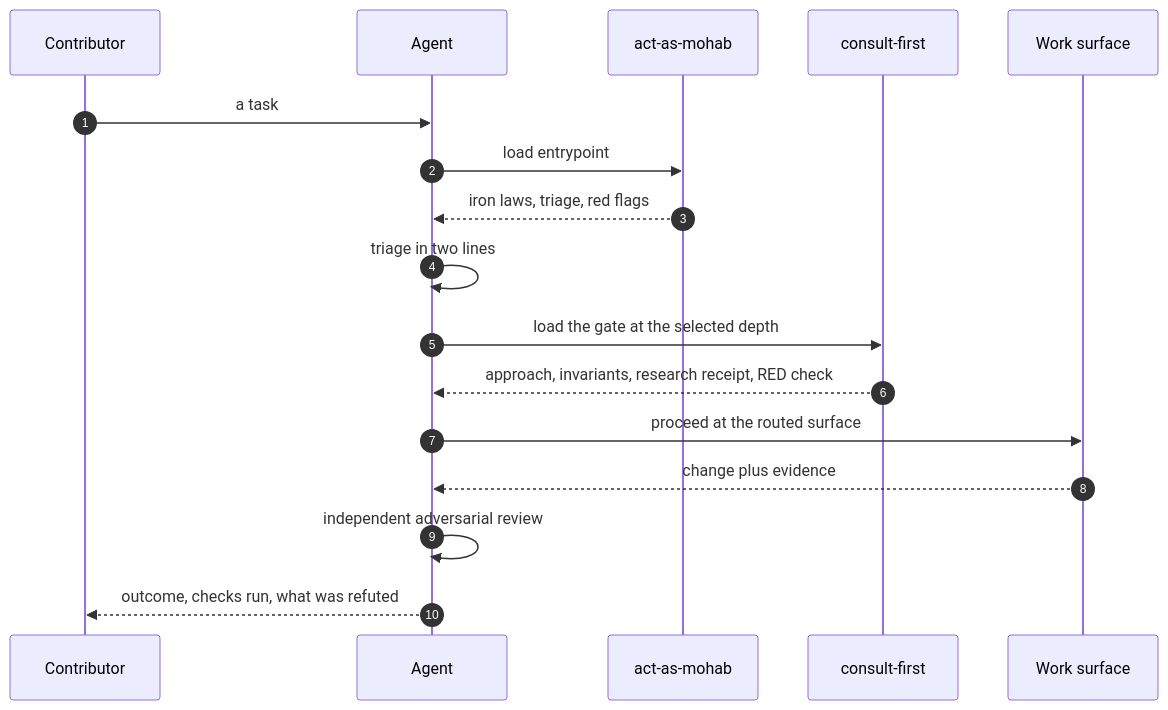
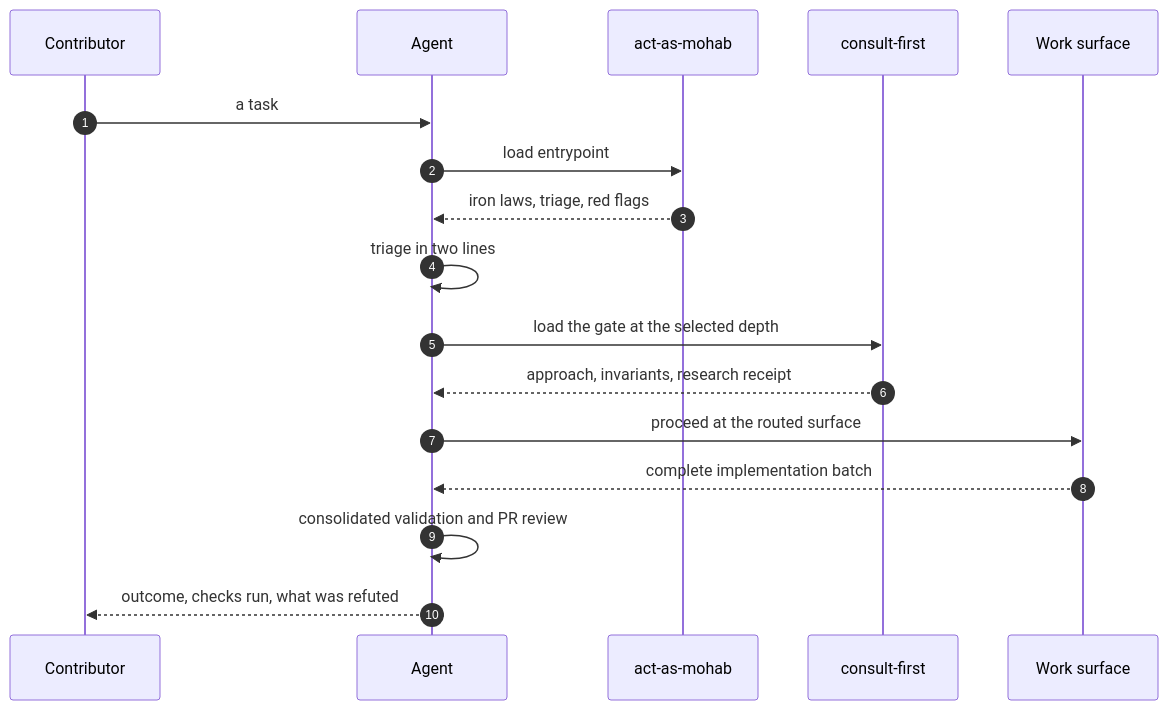
Before and after one commit to ShaftHQ/SHAFT_ENGINE: the second of 4 diagrams in .agents/skills/README.md, drawn with Mermaid. The commit also changed other lines of this file and 17 other files, not shown here.

````diff
--- a/.agents/skills/README.md
+++ b/.agents/skills/README.md
@@ -47,20 +47,20 @@
 ```mermaid
 sequenceDiagram
     autonumber
     participant U as Contributor
     participant A as Agent
     participant E as act-as-mohab
     participant G as consult-first
     participant W as Work surface
 
     U->>A: a task
     A->>E: load entrypoint
     E-->>A: iron laws, triage, red flags
     A->>A: triage in two lines
     A->>G: load the gate at the selected depth
-    G-->>A: approach, invariants, research receipt, RED check
+    G-->>A: approach, invariants, research receipt
     A->>W: proceed at the routed surface
-    W-->>A: change plus evidence
-    A->>A: independent adversarial review
+    W-->>A: complete implementation batch
+    A->>A: consolidated validation and PR review
     A-->>U: outcome, checks run, what was refuted
 ```
````
